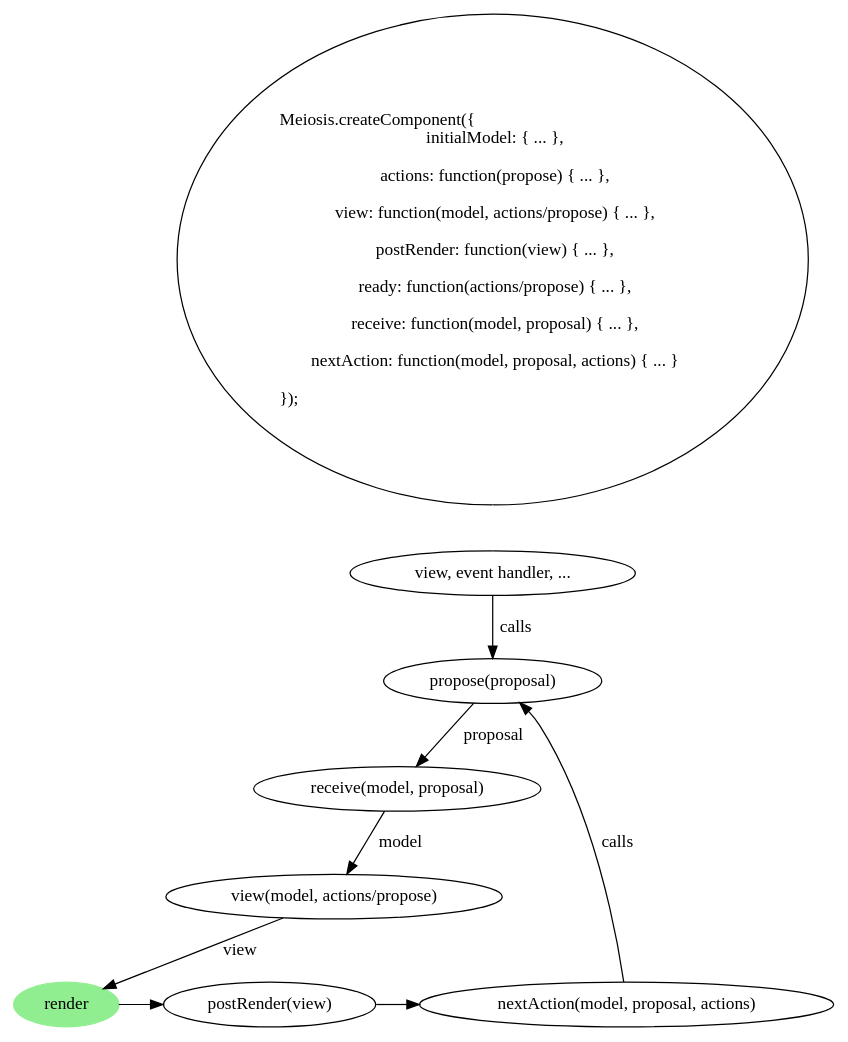
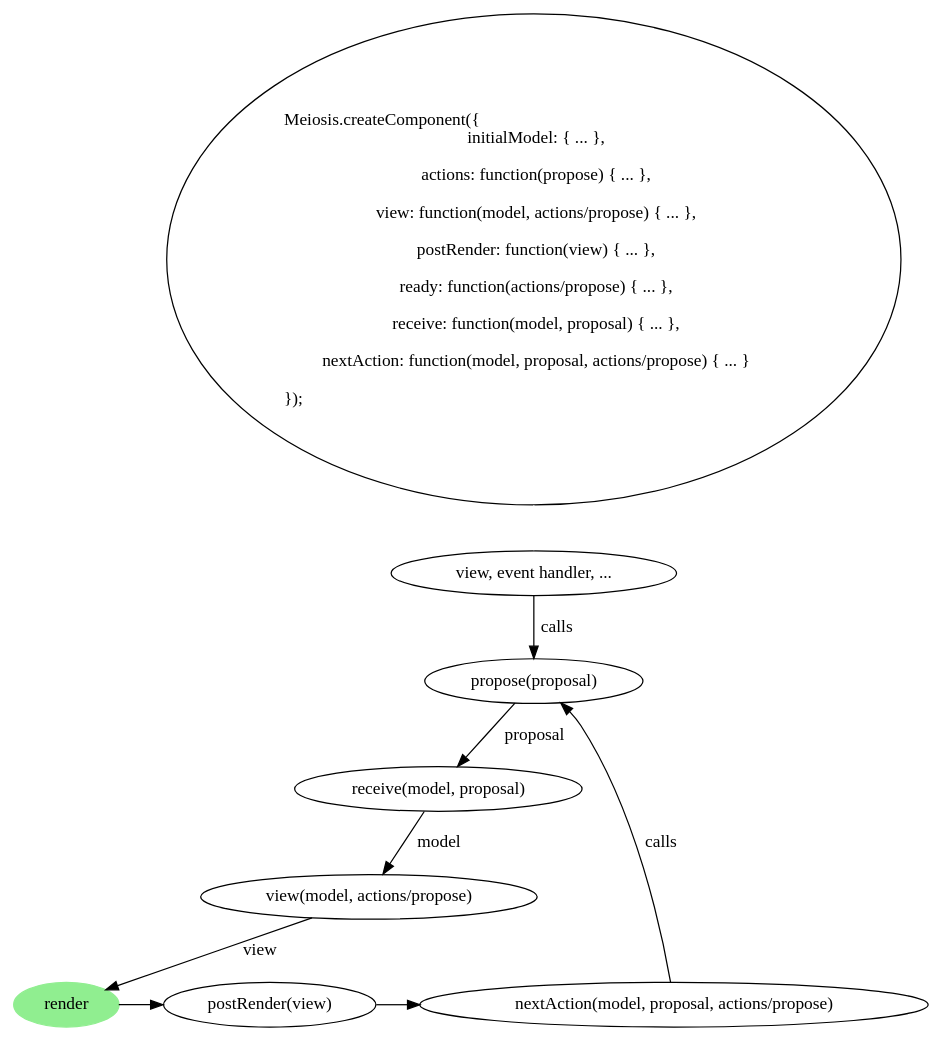
The diagram in images/meiosis_update.dot (foxdonut/meiosis-guide), drawn with Graphviz before and after one commit. The commit also changed 3 other files, not shown here.

Commit message:
Update big-picture diagrams.

```diff
--- a/images/meiosis_update.dot
+++ b/images/meiosis_update.dot
@@ -1,29 +1,29 @@
 digraph meiosis_update {
   createComponent [fontname=Hack, label = "\lMeiosis.createComponent(\{\l\ \ initialModel: \{ ... \},
     \l  actions: function(propose) \{ ... \},
     \l  view: function(model, actions/propose) \{ ... \},
     \l  postRender: function(view) \{ ... \},
     \l  ready: function(actions/propose) \{ ... \},
     \l  receive: function(model, proposal) \{ ... \},
-    \l  nextAction: function(model, proposal, actions) \{ ... \}
+    \l  nextAction: function(model, proposal, actions/propose) \{ ... \}
     \l\});\l\l"]
 
   trigger [label = "view, event handler, ..."]
   propose [label = "propose(proposal)", fontname=Hack]
   receive [label = "receive(model, proposal)", fontname=Hack]
   view [label = "view(model, actions/propose)", fontname=Hack]
   render [style=filled, color=lightgreen]
   postRender [label = "postRender(view)", fontname=Hack]
-  nextAction [label = "nextAction(model, proposal, actions)", fontname=Hack]
+  nextAction [label = "nextAction(model, proposal, actions/propose)", fontname=Hack]
 
   {rank=same; render postRender nextAction}
 
   createComponent -> trigger [arrowhead=none, arrowtail=empty, color=white]
   trigger -> propose [label = " calls"]
   propose -> receive [label = " proposal"]
   receive -> view [label = " model"]
   view -> render [label = " view"]
   render -> postRender
   postRender -> nextAction
   nextAction -> propose [label = " calls"]
 }
```
